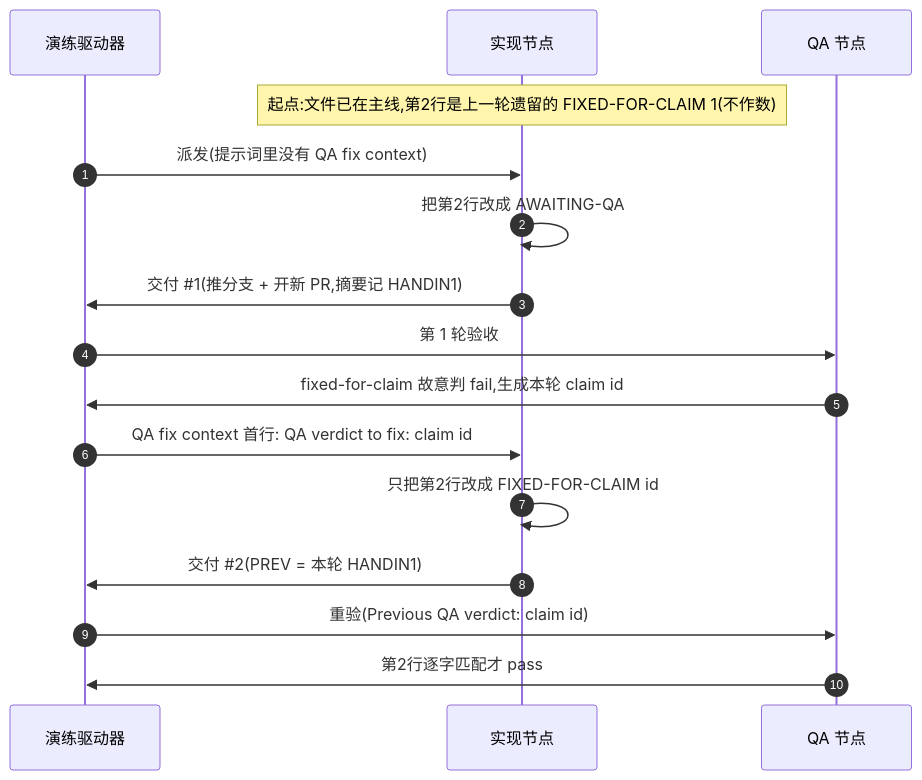
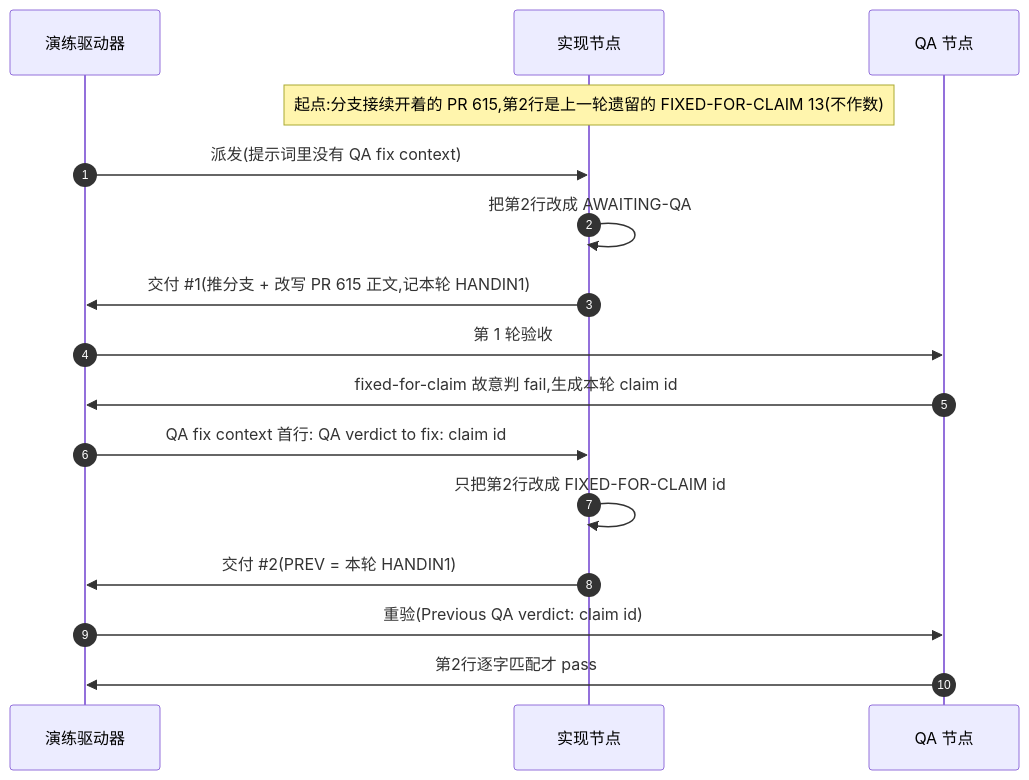
One commit to xrliAnnie/flywheel-qa-sandbox changed the diagram in engineering/doc/FLY-3228-real-runner-drill/d1-core-flow.mmd. Above: the diagram before and after it, drawn with Mermaid. The commit also changed 7 other files, not shown here.

```diff
--- a/engineering/doc/FLY-3228-real-runner-drill/d1-core-flow.mmd
+++ b/engineering/doc/FLY-3228-real-runner-drill/d1-core-flow.mmd
@@ -1,16 +1,16 @@
 sequenceDiagram
     autonumber
     participant D as 演练驱动器
     participant I as 实现节点
     participant Q as QA 节点
-    Note over I: 起点:文件已在主线,第2行是上一轮遗留的 FIXED-FOR-CLAIM 1(不作数)
+    Note over I: 起点:分支接续开着的 PR 615,第2行是上一轮遗留的 FIXED-FOR-CLAIM 13(不作数)
     D->>I: 派发(提示词里没有 QA fix context)
     I->>I: 把第2行改成 AWAITING-QA
-    I->>D: 交付 #35;1(推分支 + 开新 PR,摘要记 HANDIN1)
+    I->>D: 交付 #35;1(推分支 + 改写 PR 615 正文,记本轮 HANDIN1)
     D->>Q: 第 1 轮验收
     Q->>D: fixed-for-claim 故意判 fail,生成本轮 claim id
     D->>I: QA fix context 首行: QA verdict to fix: claim id
     I->>I: 只把第2行改成 FIXED-FOR-CLAIM id
     I->>D: 交付 #35;2(PREV = 本轮 HANDIN1)
     D->>Q: 重验(Previous QA verdict: claim id)
     Q->>D: 第2行逐字匹配才 pass
```
